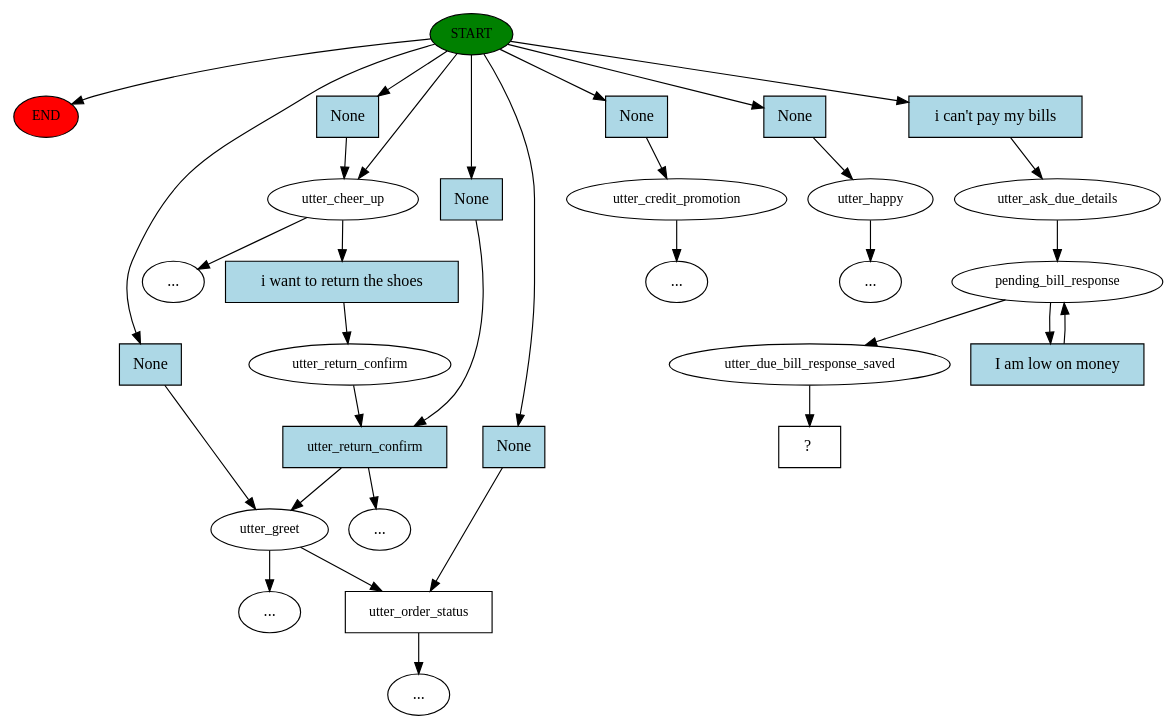
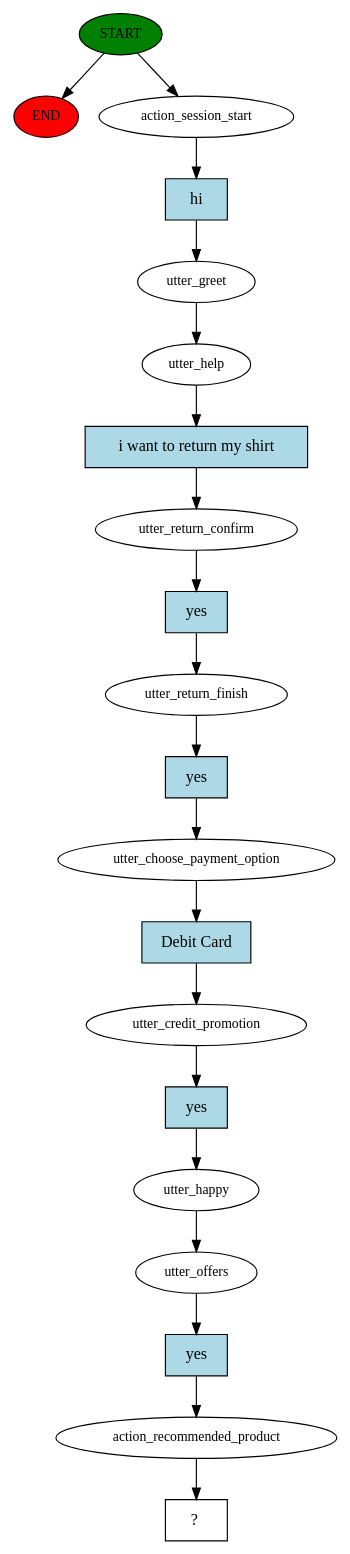
Before and after one commit to cnarte/Grid: the diagram in story_graph.dot, drawn with Graphviz. The commit also changed 38 other files, not shown here.

```diff
--- a/story_graph.dot
+++ b/story_graph.dot
@@ -1,67 +1,41 @@
 digraph  {
 0 [class="start active", fillcolor=green, fontsize=12, label=START, style=filled];
 "-1" [class=end, fillcolor=red, fontsize=12, label=END, style=filled];
 1 [class=active, fontsize=12, label=action_session_start];
-2 [class=active, fontsize=12, label=utter_return_confirm];
-3 [class=active, fontsize=12, label=utter_happy];
-4 [class="intent dashed active", label="  ?  ", shape=rect];
-5 [class="intent active", fillcolor=lightblue, label="i want to return the shoes", shape=rect, style=filled];
-6 [class="intent active", fillcolor=lightblue, label=no, shape=rect, style=filled];
+2 [class=active, fontsize=12, label=utter_greet];
+3 [class=active, fontsize=12, label=utter_help];
+4 [class=active, fontsize=12, label=utter_return_confirm];
+5 [class=active, fontsize=12, label=utter_return_finish];
+6 [class=active, fontsize=12, label=utter_choose_payment_option];
+7 [class=active, fontsize=12, label=utter_credit_promotion];
+8 [class=active, fontsize=12, label=utter_happy];
+9 [class=active, fontsize=12, label=utter_offers];
+10 [class=active, fontsize=12, label=action_recommended_product];
+11 [class="intent dashed active", label="  ?  ", shape=rect];
+12 [class="intent active", fillcolor=lightblue, label=hi, shape=rect, style=filled];
+13 [class="intent active", fillcolor=lightblue, label="i want to return my shirt", shape=rect, style=filled];
+14 [class="intent active", fillcolor=lightblue, label=yes, shape=rect, style=filled];
+15 [class="intent active", fillcolor=lightblue, label=yes, shape=rect, style=filled];
+16 [class="intent active", fillcolor=lightblue, label="Debit Card", shape=rect, style=filled];
+17 [class="intent active", fillcolor=lightblue, label=yes, shape=rect, style=filled];
+18 [class="intent active", fillcolor=lightblue, label=yes, shape=rect, style=filled];
 0 -> "-1"  [class="", key=NONE, label=""];
 0 -> 1  [class=active, key=NONE, label=""];
-1 -> 5  [class=active, key=0];
-2 -> 6  [class=active, key=0];
-3 -> 4  [class=active, key=NONE, label=""];
-5 -> 2  [class=active, key=0];
-6 -> 3  [class=active, key=0];
-1 [class="", fontsize=12, label=utter_cheer_up];
-"-4" [class=ellipsis, label="..."];
-3 [class="", fontsize=12, label=utter_greet];
-"-5" [class=ellipsis, label="..."];
-4 [class="", fontsize=12, label=utter_order_status];
-"-7" [class=ellipsis, label="..."];
-6 [class="", fontsize=12, label=utter_return_confirm];
-"-9" [class=ellipsis, label="..."];
-8 [class="", fontsize=12, label=utter_credit_promotion];
-"-11" [class=ellipsis, label="..."];
-10 [class="", fontsize=12, label=utter_happy];
-"-12" [class=ellipsis, label="..."];
-11 [class=active, fontsize=12, label=utter_ask_due_details];
-12 [class=active, fontsize=12, label=pending_bill_response];
-14 [class=active, fontsize=12, label=utter_due_bill_response_saved];
-15 [class="intent dashed active", label="  ?  ", shape=rect];
-16 [class=intent, fillcolor=lightblue, label=None, shape=rect, style=filled];
-17 [class=intent, fillcolor=lightblue, label=None, shape=rect, style=filled];
-18 [class=intent, fillcolor=lightblue, label=None, shape=rect, style=filled];
-19 [class=intent, fillcolor=lightblue, label=None, shape=rect, style=filled];
-20 [class=intent, fillcolor=lightblue, label=None, shape=rect, style=filled];
-21 [class=intent, fillcolor=lightblue, label=None, shape=rect, style=filled];
-22 [class="intent active", fillcolor=lightblue, label="i can't pay my bills", shape=rect, style=filled];
-23 [class="intent active", fillcolor=lightblue, label="I am low on money", shape=rect, style=filled];
-0 -> "-1"  [class="", key=NONE, label=""];
-0 -> 16  [class="", key=0];
-0 -> 17  [class="", key=0];
-0 -> 18  [class="", key=0];
-0 -> 19  [class="", key=0];
-0 -> 20  [class="", key=0];
-0 -> 21  [class="", key=0];
-0 -> 22  [class=active, key=0];
-1 -> "-4"  [class="", key=NONE, label=""];
-3 -> "-5"  [class="", key=NONE, label=""];
-4 -> "-7"  [class="", key=NONE, label=""];
-6 -> "-9"  [class="", key=NONE, label=""];
-8 -> "-11"  [class="", key=NONE, label=""];
-10 -> "-12"  [class="", key=NONE, label=""];
-11 -> 12  [class=active, key=NONE, label=""];
-12 -> 14  [class=active, key=NONE, label=""];
-12 -> 23  [class=active, key=0];
-14 -> 15  [class=active, key=NONE, label=""];
-16 -> 1  [class="", key=0];
-17 -> 3  [class="", key=0];
-18 -> 4  [class="", key=0];
-19 -> 6  [class="", key=0];
-20 -> 8  [class="", key=0];
-21 -> 10  [class="", key=0];
-22 -> 11  [class=active, key=0];
-23 -> 12  [class=active, key=0];
+1 -> 12  [class=active, key=0];
+2 -> 3  [class=active, key=NONE, label=""];
+3 -> 13  [class=active, key=0];
+4 -> 14  [class=active, key=0];
+5 -> 15  [class=active, key=0];
+6 -> 16  [class=active, key=0];
+7 -> 17  [class=active, key=0];
+8 -> 9  [class=active, key=NONE, label=""];
+9 -> 18  [class=active, key=0];
+10 -> 11  [class=active, key=NONE, label=""];
+12 -> 2  [class=active, key=0];
+13 -> 4  [class=active, key=0];
+14 -> 5  [class=active, key=0];
+15 -> 6  [class=active, key=0];
+16 -> 7  [class=active, key=0];
+17 -> 8  [class=active, key=0];
+18 -> 10  [class=active, key=0];
 }
```
